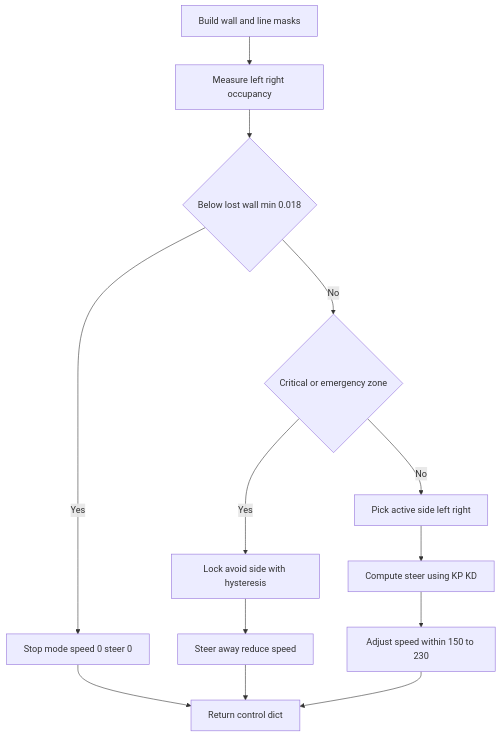
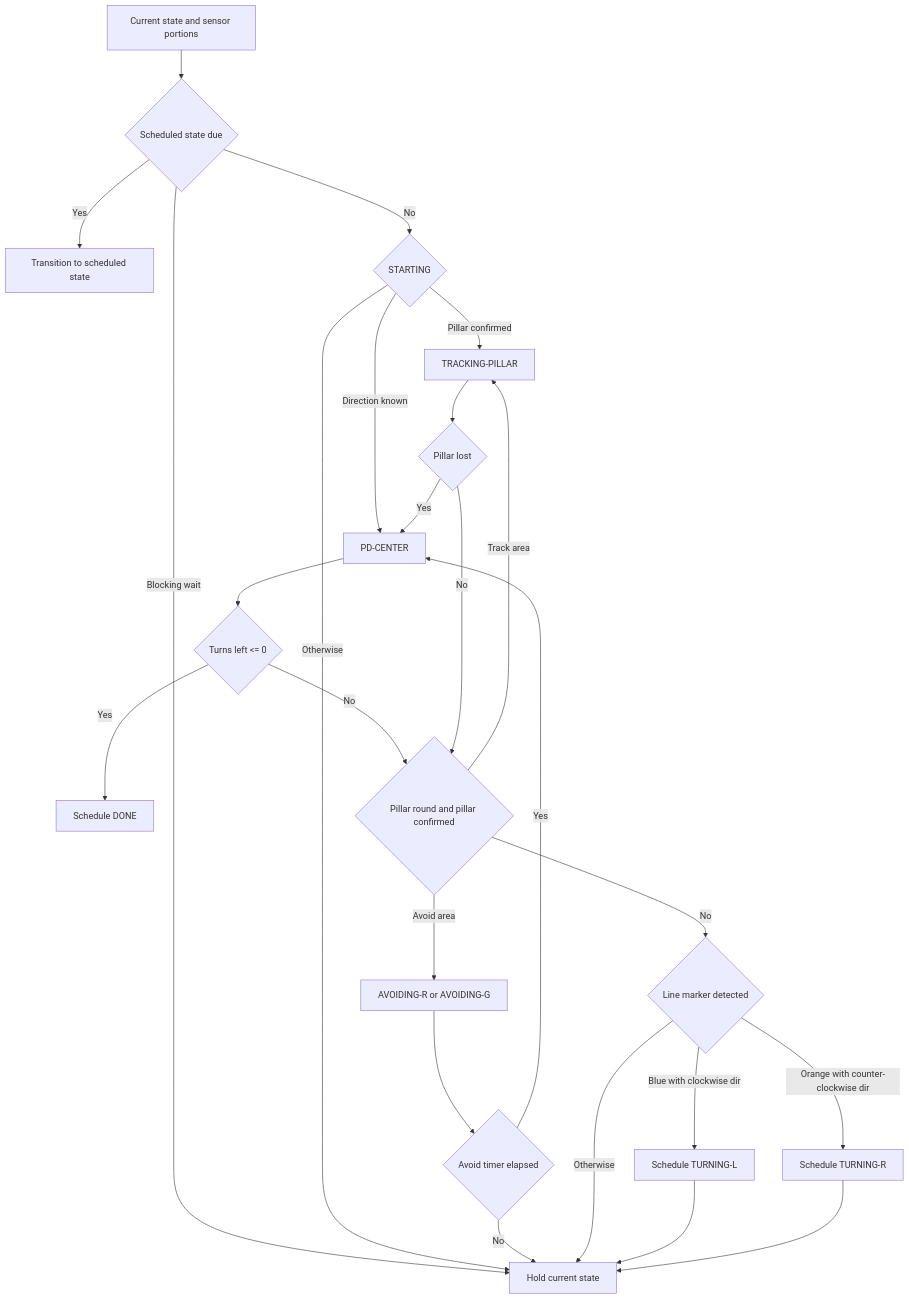
Before and after one commit to berkemutluu/Flame-WRO-FE: the third of 8 diagrams in README.md, drawn with Mermaid. The commit also changed other lines of this file, not shown here.

````diff
--- a/README.md
+++ b/README.md
@@ -795,15 +849,27 @@
-```mermaid
-flowchart TD
-    A[Build wall and line masks] --> B[Measure left right occupancy]
-    B --> C{Below lost wall min 0.018}
-    C -- Yes --> D[Stop mode speed 0 steer 0]
-    C -- No --> E{Critical or emergency zone}
-    E -- Yes --> F[Lock avoid side with hysteresis]
-    F --> G[Steer away reduce speed]
-    E -- No --> H[Pick active side left right]
-    H --> I[Compute steer using KP KD]
-    I --> J[Adjust speed within 150 to 230]
-    D --> K[Return control dict]
-    G --> K
-    J --> K
-```
+```mermaid  
+flowchart TD  
+    A[Current state and sensor portions] --> B{Scheduled state due}  
+    B -- Yes --> C[Transition to scheduled state]  
+    B -- Blocking wait --> Z[Hold current state]  
+    B -- No --> D{STARTING}  
+    D -- Pillar confirmed --> E[TRACKING-PILLAR]  
+    D -- Direction known --> F[PD-CENTER]  
+    D -- Otherwise --> Z  
+    F --> G{Turns left <= 0}  
+    G -- Yes --> H[Schedule DONE]  
+    G -- No --> I{Pillar round and pillar confirmed}  
+    I -- Track area --> E  
+    I -- Avoid area --> J[AVOIDING-R or AVOIDING-G]  
+    I -- No --> K{Line marker detected}  
+    E --> L{Pillar lost}  
+    L -- Yes --> F  
+    L -- No --> I  
+    J --> M{Avoid timer elapsed}  
+    M -- Yes --> F  
+    M -- No --> Z  
+    K -- Blue with clockwise dir --> N[Schedule TURNING-L]  
+    K -- Orange with counter-clockwise dir --> O[Schedule TURNING-R]  
+    K -- Otherwise --> Z  
+    N --> Z  
+    O --> Z  
+```  
````
